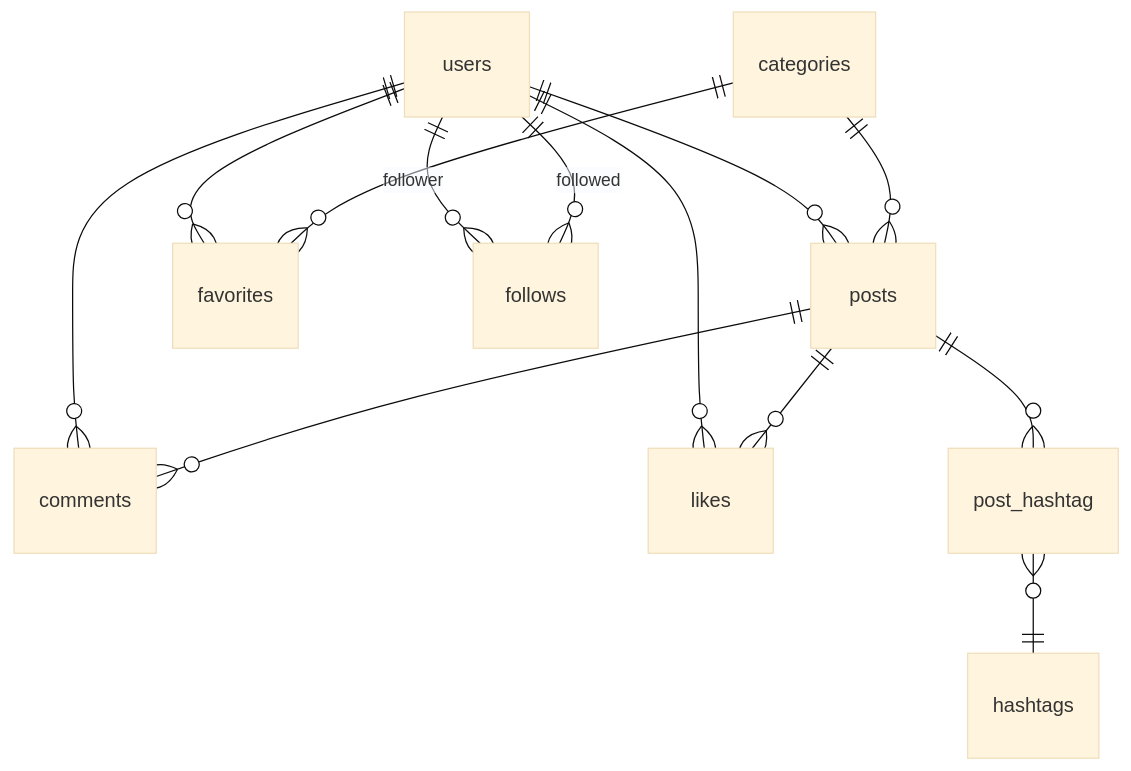
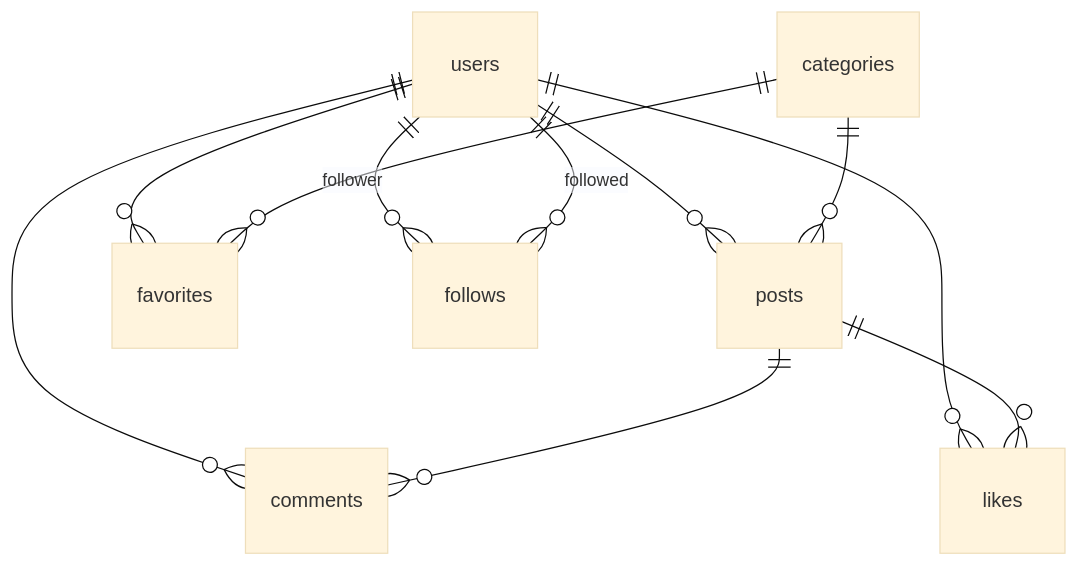
One commit to katsu10n/conome changed the diagram in README.md. Above: the diagram before and after it, drawn with Mermaid (base theme). The commit also changed other lines of this file, not shown here.

````diff
--- a/README.md
+++ b/README.md
@@ -231,16 +233,14 @@
 ```mermaid
 erDiagram
 
 users ||--o{ posts: ""
 users ||--o{ comments: ""
 users ||--o{ likes: ""
 users ||--o{ favorites: ""
 users ||--o{ follows: "follower"
 users ||--o{ follows: "followed"
 categories ||--o{ posts: ""
 categories ||--o{ favorites: ""
 posts ||--o{ comments: ""
 posts ||--o{ likes: ""
-posts ||--o{ post_hashtag: ""
-post_hashtag }o--|| hashtags: ""
 ```
````
